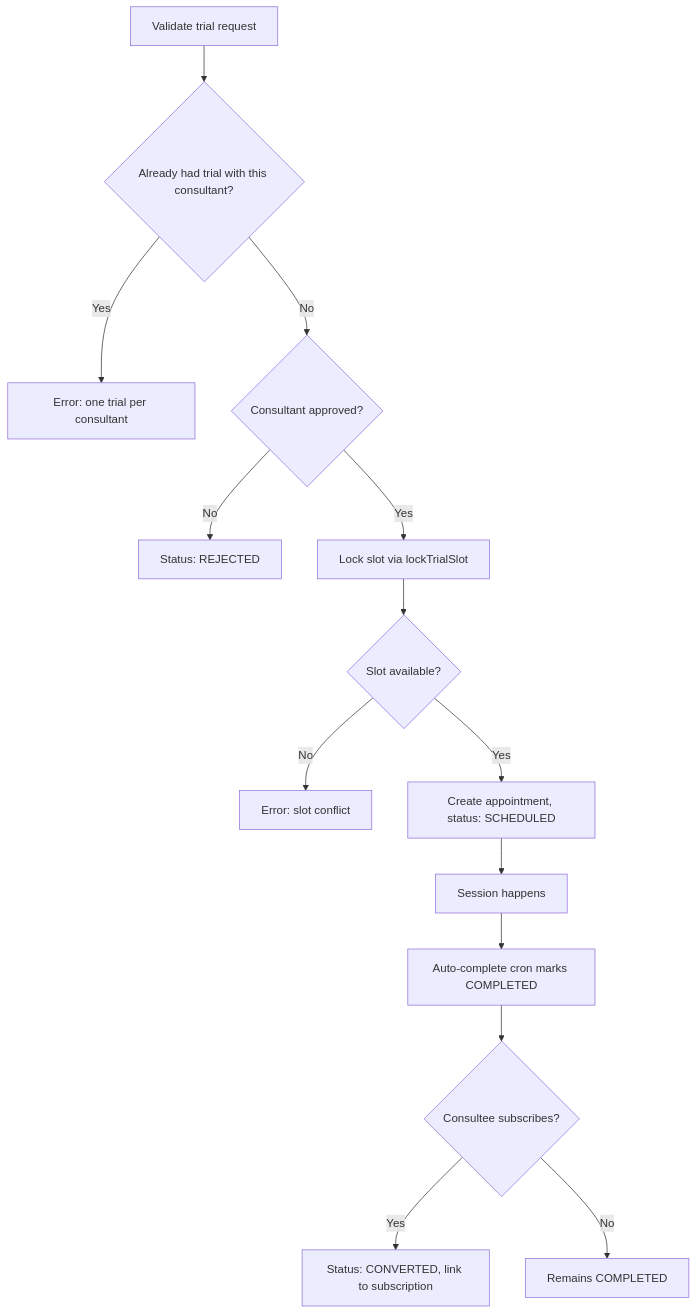
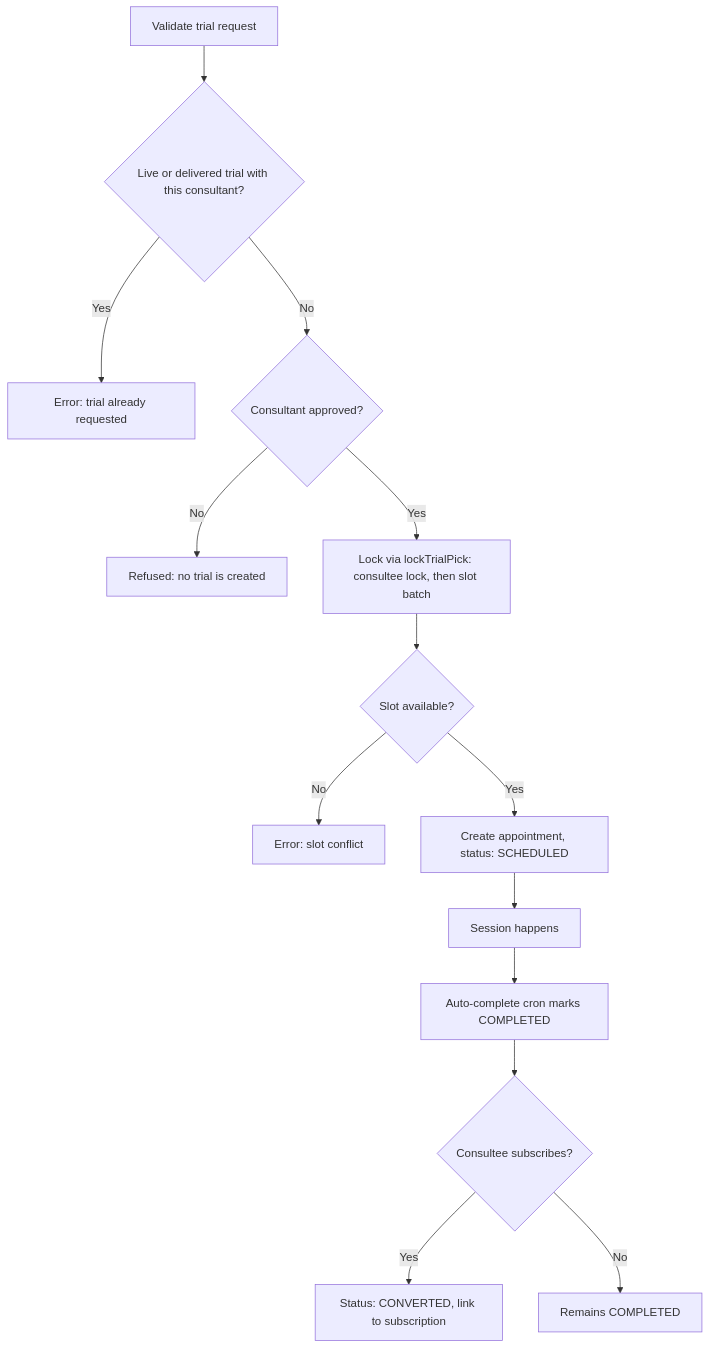
Before and after one commit to Practitionist/familiarise_web: the fourth of 5 diagrams in docs/booking/02-event-types-and-validation.md, drawn with Mermaid. The commit also changed other lines of this file and 19 other files, not shown here.

First line of the commit message:
fix(trials): a repeat trial request keeps the earlier trial's record (many trials per pair, one live) (#2794)

````diff
--- a/docs/booking/02-event-types-and-validation.md
+++ b/docs/booking/02-event-types-and-validation.md
@@ -224,16 +224,16 @@
 ```mermaid
 flowchart TD
-    A[Validate trial request] --> B{Already had trial with this consultant?}
-    B -->|Yes| X1[Error: one trial per consultant]
+    A[Validate trial request] --> B{Live or delivered trial with this consultant?}
+    B -->|Yes| X1[Error: trial already requested]
     B -->|No| C{Consultant approved?}
-    C -->|No| X2[Status: REJECTED]
-    C -->|Yes| D[Lock slot via lockTrialSlot]
+    C -->|No| X2[Refused: no trial is created]
+    C -->|Yes| D[Lock via lockTrialPick: consultee lock, then slot batch]
     D --> E{Slot available?}
     E -->|No| X3[Error: slot conflict]
     E -->|Yes| F[Create appointment, status: SCHEDULED]
     F --> G[Session happens]
     G --> H[Auto-complete cron marks COMPLETED]
     H --> I{Consultee subscribes?}
     I -->|Yes| J[Status: CONVERTED, link to subscription]
     I -->|No| K[Remains COMPLETED]
 ```
````
